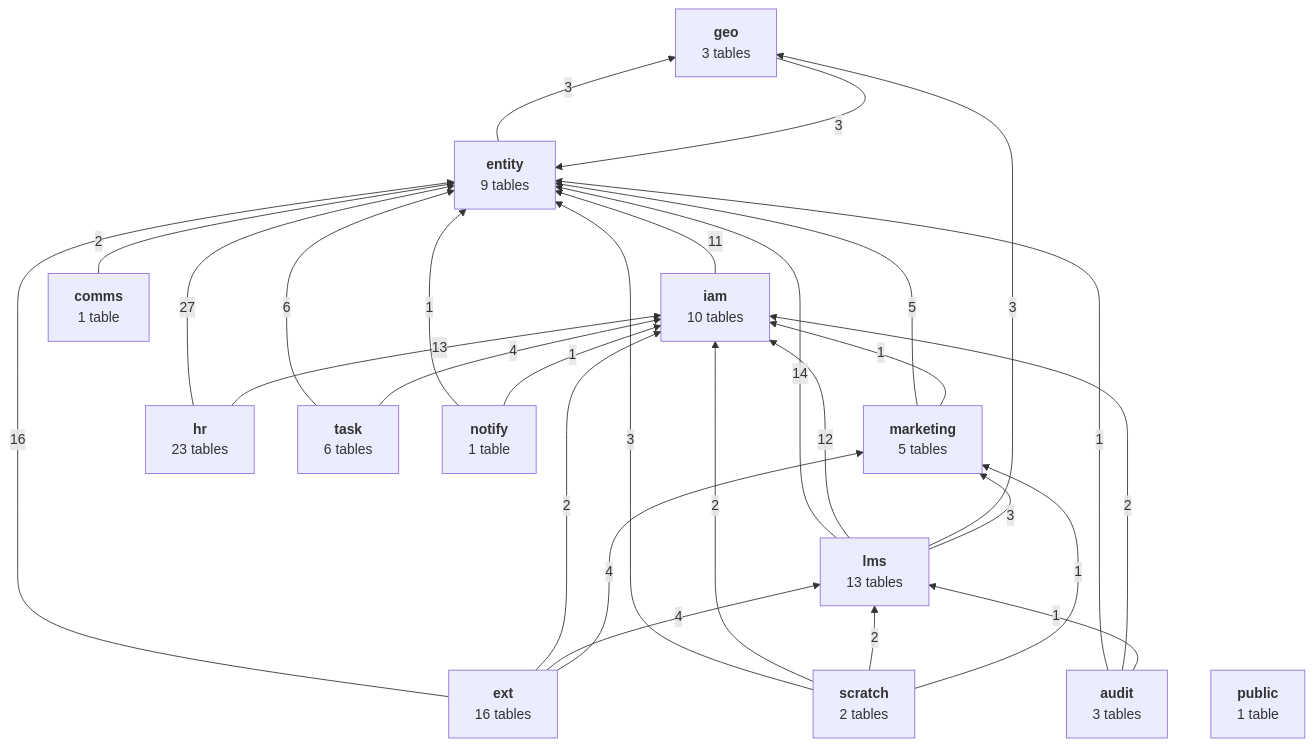
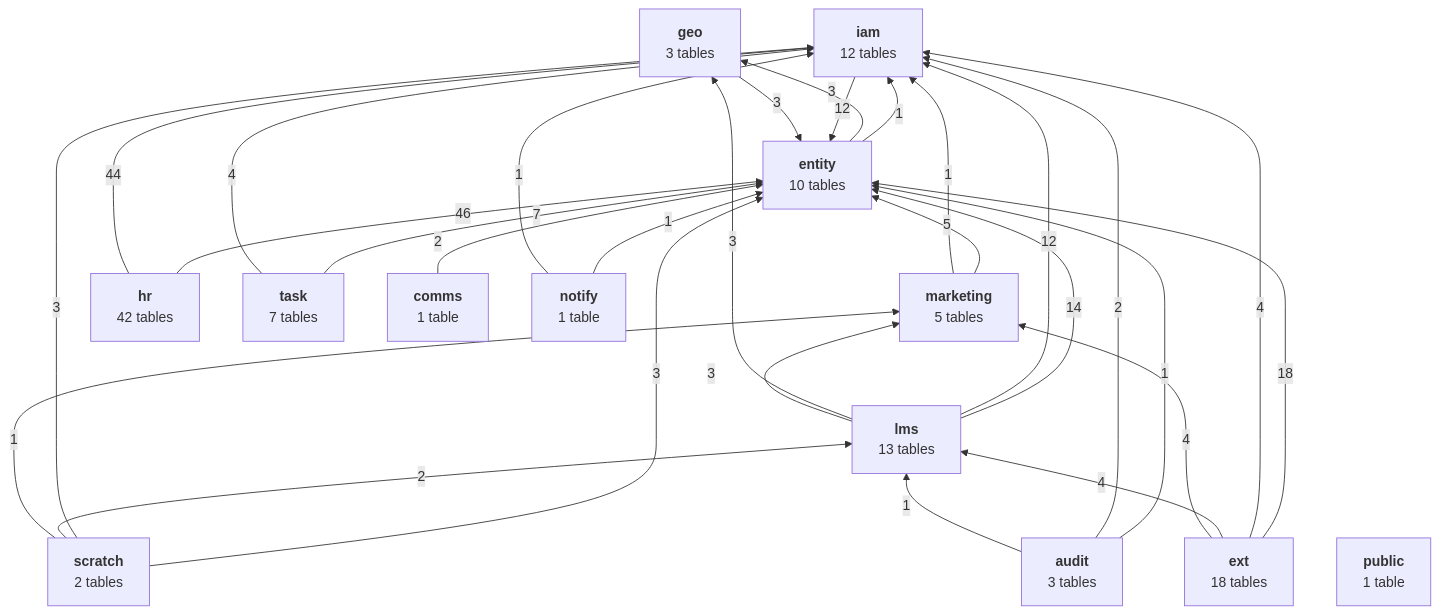
Before and after one commit to nitin-girdhar/msq-platforms: the first of 14 diagrams in docs/DB_model.md, drawn with Mermaid. The commit also changed other lines of this file and 212 other files, not shown here.

````diff
--- a/docs/DB_model.md
+++ b/docs/DB_model.md
@@ -24,43 +24,44 @@
 ```mermaid
 flowchart BT
-  entity["<b>entity</b><br/>9 tables"]
-  iam["<b>iam</b><br/>10 tables"]
+  entity["<b>entity</b><br/>10 tables"]
+  iam["<b>iam</b><br/>12 tables"]
   geo["<b>geo</b><br/>3 tables"]
   lms["<b>lms</b><br/>13 tables"]
   marketing["<b>marketing</b><br/>5 tables"]
-  ext["<b>ext</b><br/>16 tables"]
-  hr["<b>hr</b><br/>23 tables"]
-  task["<b>task</b><br/>6 tables"]
+  ext["<b>ext</b><br/>18 tables"]
+  hr["<b>hr</b><br/>42 tables"]
+  task["<b>task</b><br/>7 tables"]
   audit["<b>audit</b><br/>3 tables"]
   comms["<b>comms</b><br/>1 table"]
   notify["<b>notify</b><br/>1 table"]
   scratch["<b>scratch</b><br/>2 tables"]
   public["<b>public</b><br/>1 table"]
+  entity -- 1 --> iam
   entity -- 3 --> geo
-  iam -- 11 --> entity
+  iam -- 12 --> entity
   geo -- 3 --> entity
   lms -- 14 --> entity
   lms -- 12 --> iam
   lms -- 3 --> geo
   lms -- 3 --> marketing
   marketing -- 5 --> entity
   marketing -- 1 --> iam
-  ext -- 16 --> entity
-  ext -- 2 --> iam
+  ext -- 18 --> entity
+  ext -- 4 --> iam
   ext -- 4 --> lms
   ext -- 4 --> marketing
-  hr -- 27 --> entity
-  hr -- 13 --> iam
-  task -- 6 --> entity
+  hr -- 46 --> entity
+  hr -- 44 --> iam
+  task -- 7 --> entity
   task -- 4 --> iam
   audit -- 1 --> entity
   audit -- 2 --> iam
   audit -- 1 --> lms
   comms -- 2 --> entity
   notify -- 1 --> entity
   notify -- 1 --> iam
   scratch -- 3 --> entity
-  scratch -- 2 --> iam
+  scratch -- 3 --> iam
   scratch -- 2 --> lms
   scratch -- 1 --> marketing
 ```
````
